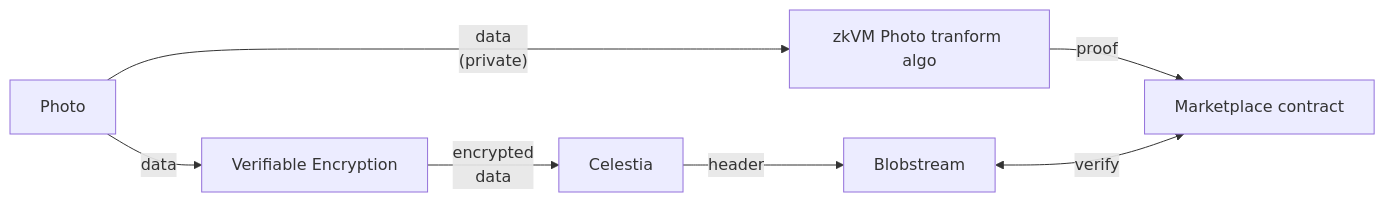
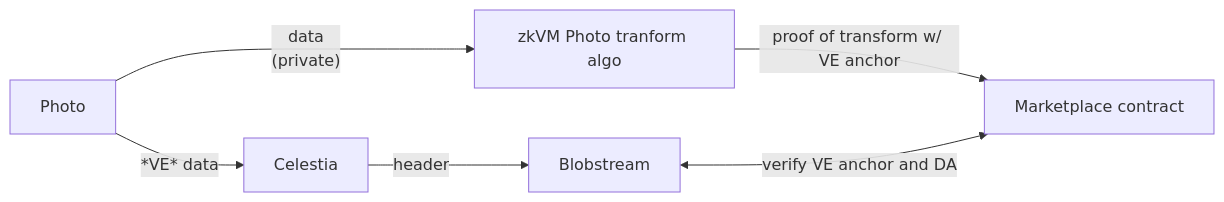
The diagram in doc/verifiable_encryption.md (nuke-web3/pda-proxy), drawn with Mermaid before and after one commit. The commit also changed other lines of this file, not shown here.

````diff
--- a/doc/verifiable_encryption.md
+++ b/doc/verifiable_encryption.md
@@ -73,9 +74,8 @@
 ```mermaid
 flowchart LR
     Photo["Photo"] -- "data<br>(private)" --> zkVM_Algo["zkVM Photo tranform algo"]
-    zkVM_Algo -- "proof" --> Contract["Marketplace contract"]
-    Photo -- "data" --> zkVM_VE["Verifiable Encryption"]
-    zkVM_VE -- "encrypted<br>data" --> Celestia["Celestia"]
-    Celestia -- header --> Blobstream["Blobstream"]
-    Blobstream <-- verify --> Contract
+    zkVM_Algo -- "proof of transform w/ VE anchor" --> Contract["Marketplace contract"]
+    Photo -- "*VE* data" --> Celestia["Celestia"]
+    Celestia -- "header" --> Blobstream["Blobstream"]
+    Blobstream <-- "verify VE anchor and DA" --> Contract
 ```
````
